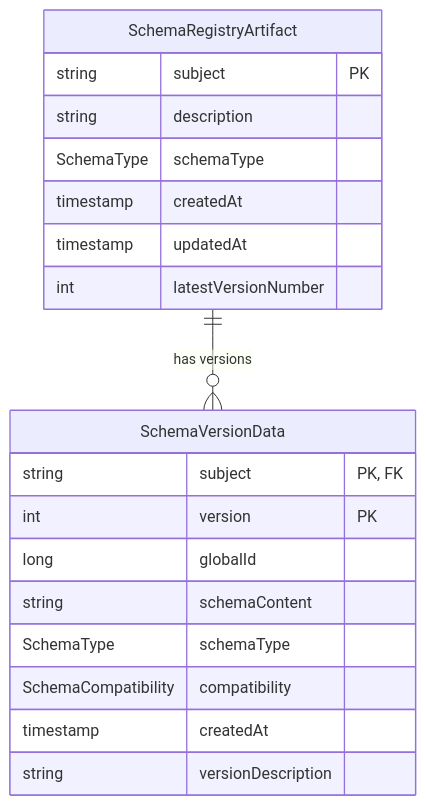
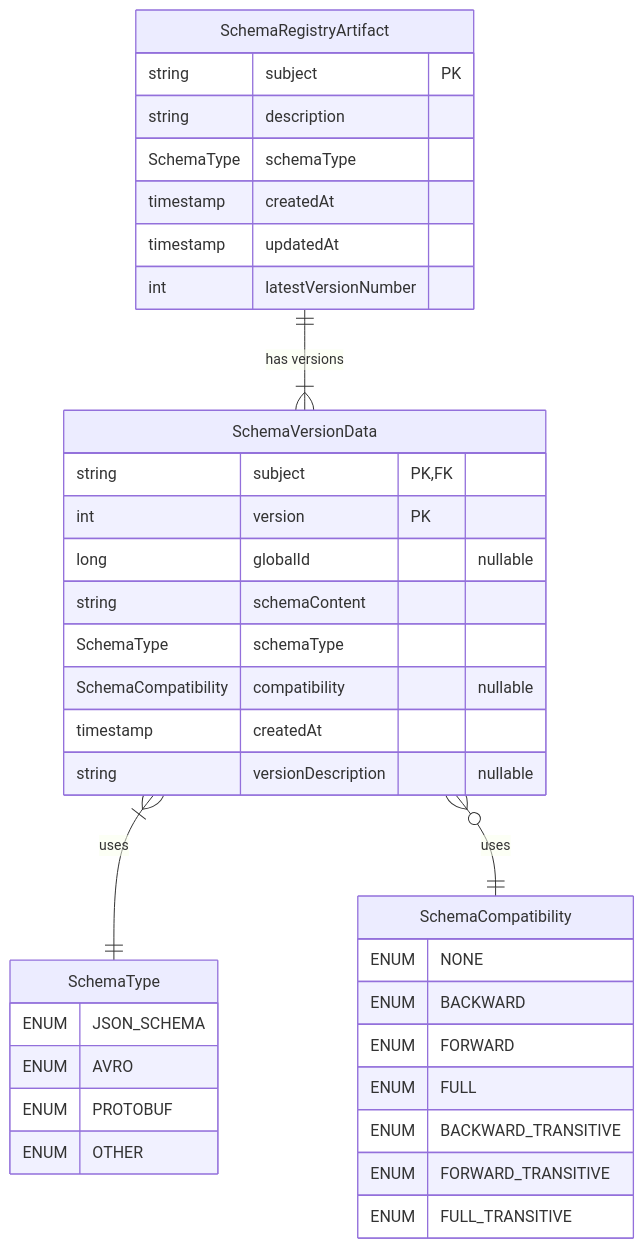
The third of 3 diagrams in docs/PipelineSchemaDesign.md (krickert/micronaut-multiproject-example), drawn with Mermaid before and after one commit. The commit also changed other lines of this file, not shown here.

````diff
--- a/docs/PipelineSchemaDesign.md
+++ b/docs/PipelineSchemaDesign.md
@@ -196,24 +197,43 @@
 ```mermaid
 erDiagram
   SchemaRegistryArtifact {
-    string subject "PK"
+    string subject PK
     string description
     SchemaType schemaType
     timestamp createdAt
     timestamp updatedAt
     int latestVersionNumber
   }
 
   SchemaVersionData {
-    string subject "PK, FK"
-    int version "PK"
-    long globalId
+    string subject PK, FK
+    int version PK
+    long globalId "nullable"
     string schemaContent
     SchemaType schemaType
-    SchemaCompatibility compatibility
+    SchemaCompatibility compatibility "nullable"
     timestamp createdAt
-    string versionDescription
+    string versionDescription "nullable"
   }
 
-  SchemaRegistryArtifact ||--o{ SchemaVersionData : "has versions"
+  SchemaRegistryArtifact ||--|{ SchemaVersionData : "has versions"
+
+  %% SchemaType and SchemaCompatibility are Enums
+  SchemaType {
+      ENUM JSON_SCHEMA
+      ENUM AVRO
+      ENUM PROTOBUF
+      ENUM OTHER
+  }
+  SchemaCompatibility {
+      ENUM NONE
+      ENUM BACKWARD
+      ENUM FORWARD
+      ENUM FULL
+      ENUM BACKWARD_TRANSITIVE
+      ENUM FORWARD_TRANSITIVE
+      ENUM FULL_TRANSITIVE
+  }
+  SchemaVersionData }|--|| SchemaType : uses
+  SchemaVersionData }o--|| SchemaCompatibility : uses
 ```
````
